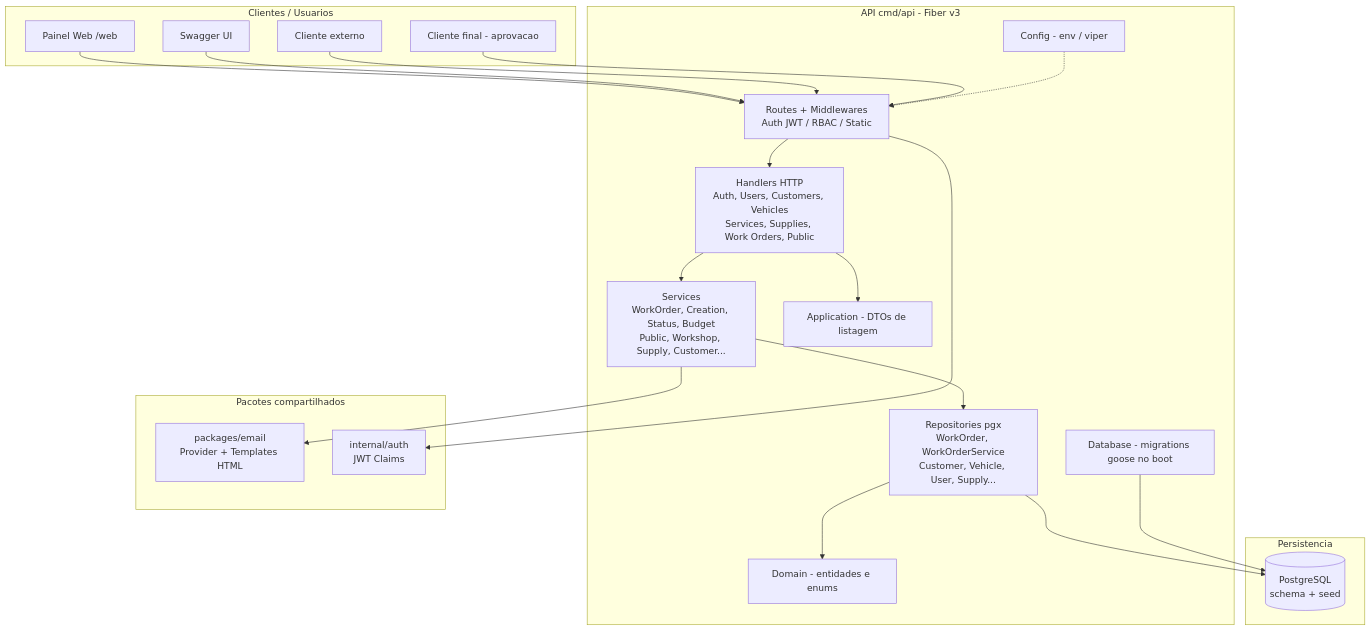
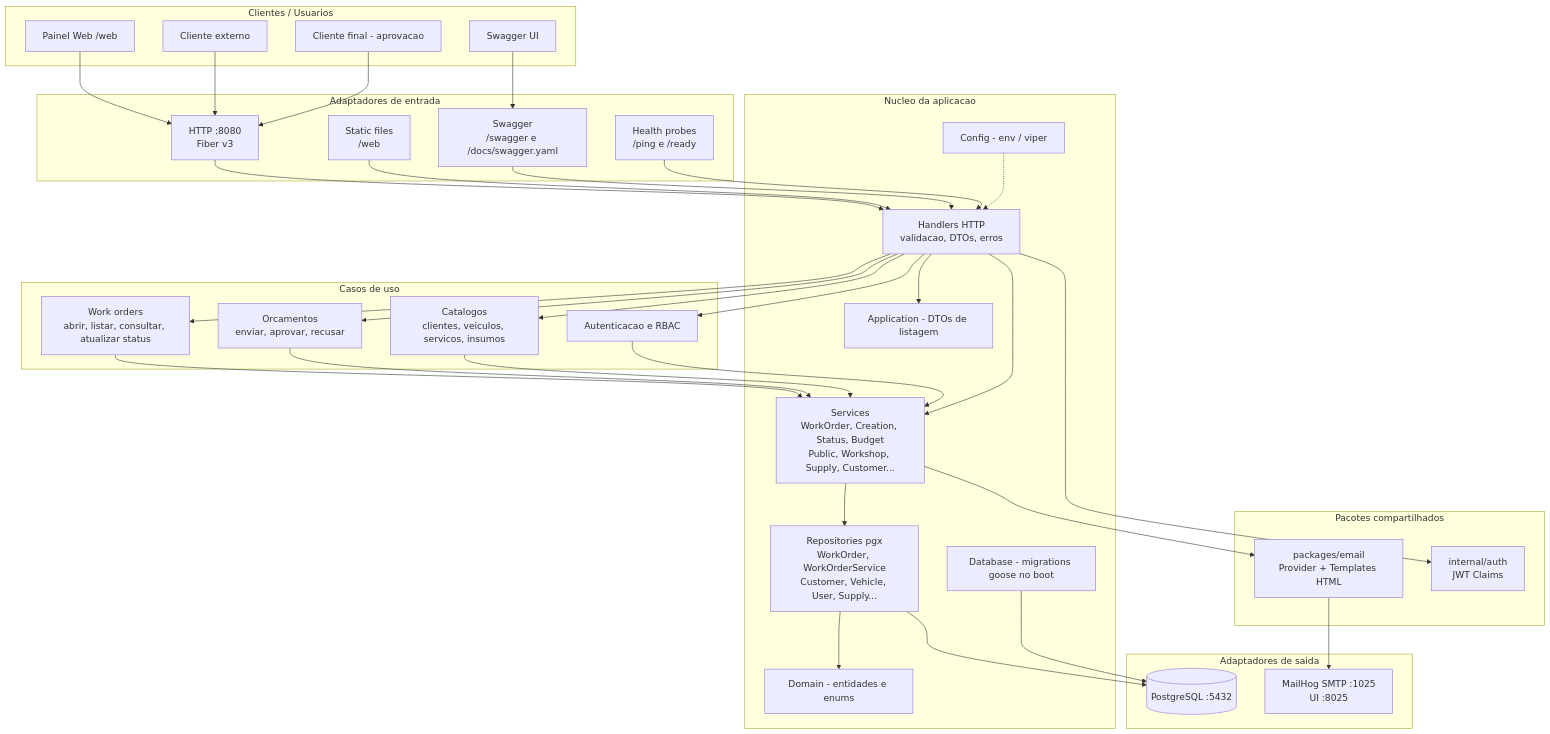
Before and after one commit to SOAT-15-Oficina/15soat-tech-challenge: the first of 7 diagrams in README.md, drawn with Mermaid. The commit also changed other lines of this file, not shown here.

Commit message:
docs: update real architecture documentation

````diff
--- a/README.md
+++ b/README.md
@@ -17,45 +21,71 @@
 ```mermaid
 flowchart TB
     subgraph clients [Clientes / Usuarios]
         WEB[Painel Web /web]
         SWAG[Swagger UI]
         EXT[Cliente externo]
         PUB[Cliente final - aprovacao]
     end
 
-    subgraph api [API cmd/api - Fiber v3]
-        RT[Routes + Middlewares<br/>Auth JWT / RBAC / Static]
-        H[Handlers HTTP<br/>Auth, Users, Customers, Vehicles<br/>Services, Supplies, Work Orders, Public]
+    subgraph inbound [Adaptadores de entrada]
+        HTTP[HTTP :8080<br/>Fiber v3]
+        STATIC[Static files<br/>/web]
+        DOCS[Swagger<br/>/swagger e /docs/swagger.yaml]
+        HEALTH[Health probes<br/>/ping e /ready]
+    end
+
+    subgraph app [Casos de uso]
+        WO[Work orders<br/>abrir, listar, consultar, atualizar status]
+        BUDGET[Orcamentos<br/>enviar, aprovar, recusar]
+        CATALOG[Catalogos<br/>clientes, veiculos, servicos, insumos]
+        AUTHZ[Autenticacao e RBAC]
+    end
+
+    subgraph api [Nucleo da aplicacao]
+        H[Handlers HTTP<br/>validacao, DTOs, erros]
         S[Services<br/>WorkOrder, Creation, Status, Budget<br/>Public, Workshop, Supply, Customer...]
         R[Repositories pgx<br/>WorkOrder, WorkOrderService<br/>Customer, Vehicle, User, Supply...]
         DOM[Domain - entidades e enums]
         APP[Application - DTOs de listagem]
         CFG[Config - env / viper]
         MIG[Database - migrations goose no boot]
     end
 
+    subgraph outbound [Adaptadores de saida]
+        PG[(PostgreSQL :5432)]
+        MAILHOG[MailHog SMTP :1025<br/>UI :8025]
+    end
+
     subgraph pkgs [Pacotes compartilhados]
-        EMAIL[packages/email<br/>Provider + Templates HTML]
+        EMAILPKG[packages/email<br/>Provider + Templates HTML]
         AUTH[internal/auth<br/>JWT Claims]
     end
 
-    subgraph data [Persistencia]
-        PG[(PostgreSQL<br/>schema + seed)]
-    end
+    WEB --> HTTP
+    SWAG --> DOCS
+    EXT --> HTTP
+    PUB --> HTTP
+    HTTP --> H
+    STATIC --> H
+    DOCS --> H
+    HEALTH --> H
 
-    WEB --> RT
-    SWAG --> RT
-    EXT --> RT
-    PUB --> RT
-
-    RT --> H
-    RT --> AUTH
+    H --> WO
+    H --> BUDGET
+    H --> CATALOG
+    H --> AUTHZ
+    WO --> S
+    BUDGET --> S
+    CATALOG --> S
+    AUTHZ --> S
+    H --> AUTH
     H --> S
     H --> APP
     S --> R
-    S --> EMAIL
+    S --> EMAILPKG
+    EMAILPKG --> MAILHOG
     R --> DOM
     R --> PG
     MIG --> PG
-    CFG -.-> RT
+    CFG -.-> H
 ```
````
